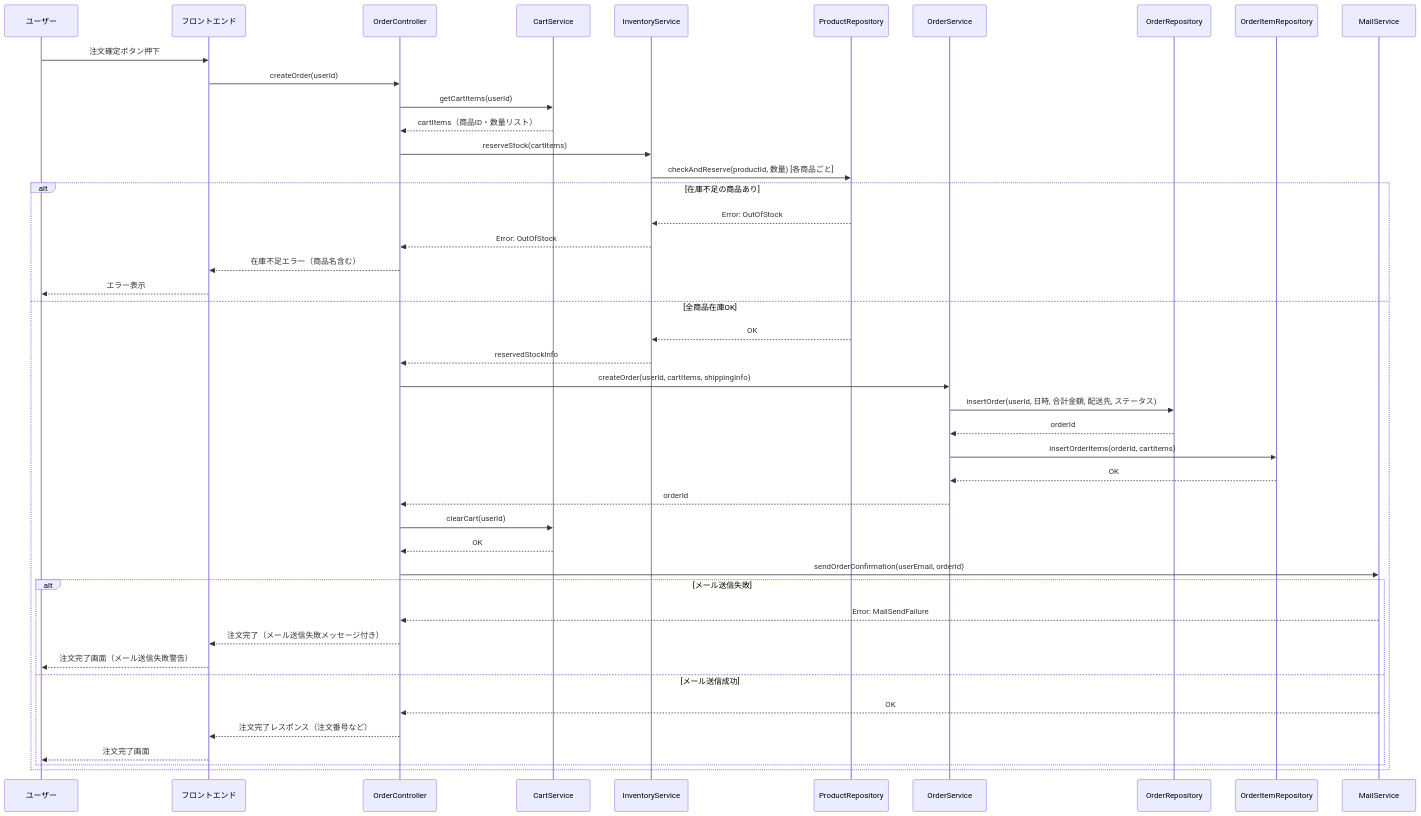
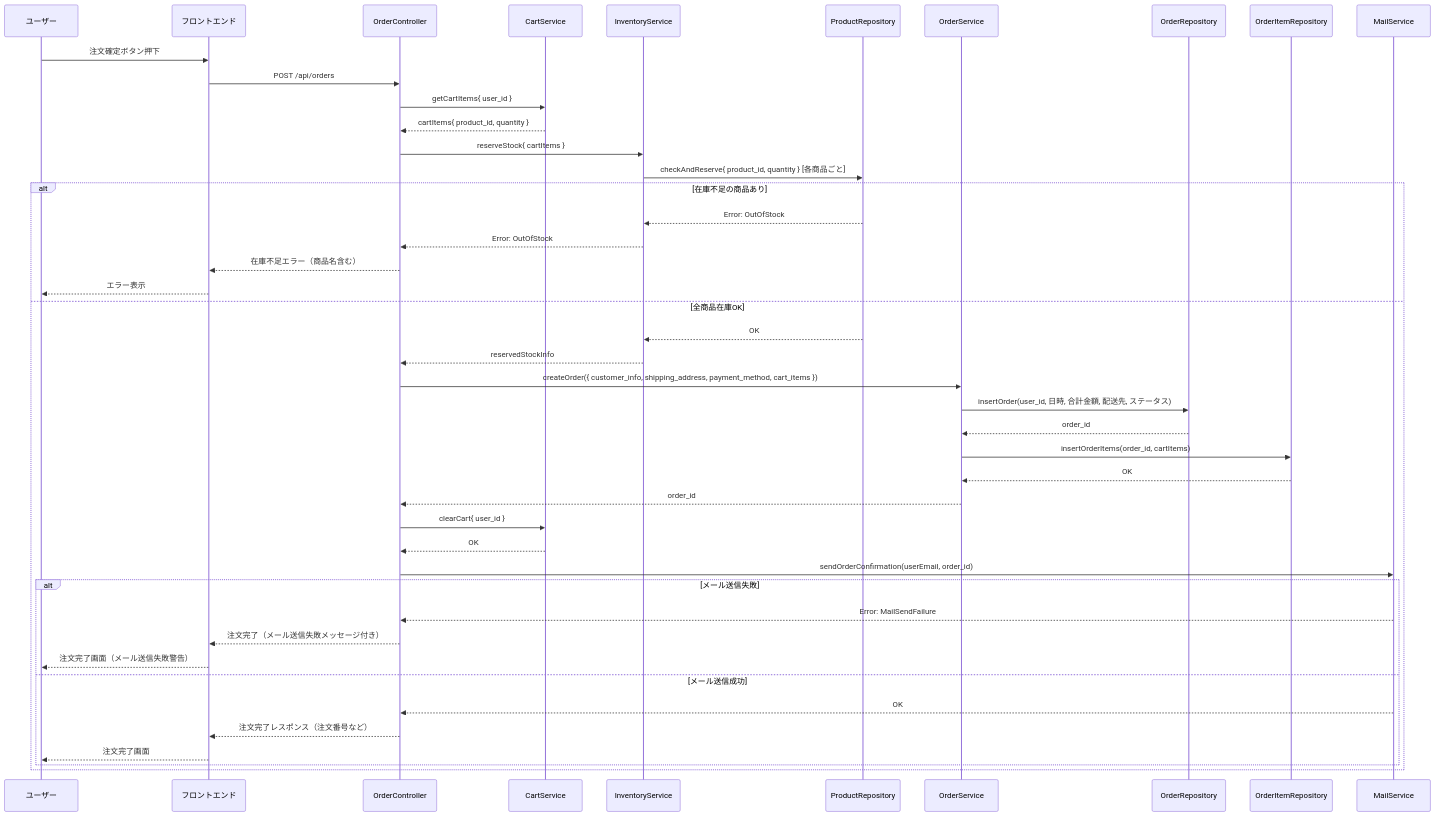
Before and after one commit to Aoi-Yaegashi/teamF: the seventh of 29 diagrams in 詳細設計/担当B_村田/3.2 機能詳細.md, drawn with Mermaid. The commit also changed other lines of this file and 1 other file, not shown here.

```diff
--- a/詳細設計/担当B_村田/3.2 機能詳細.md
+++ b/詳細設計/担当B_村田/3.2 機能詳細.md
@@ -207,50 +207,50 @@
    <div class="mermaid">
 sequenceDiagram
     participant User as ユーザー
     participant FE as フロントエンド
     participant OC as OrderController
     participant CS as CartService
     participant IS as InventoryService
     participant PR as ProductRepository
     participant OS as OrderService
     participant OR as OrderRepository
     participant OIR as OrderItemRepository
     participant MS as MailService
 
     User->>FE: 注文確定ボタン押下
-    FE->>OC: createOrder(userId)
-    OC->>CS: getCartItems(userId)
-    CS-->>OC: cartItems（商品ID・数量リスト）
+    FE->>OC: POST /api/orders
+    OC->>CS: getCartItems{ user_id }
+    CS-->>OC: cartItems{ product_id, quantity }
 
-    OC->>IS: reserveStock(cartItems)
-    IS->>PR: checkAndReserve(productId, 数量) [各商品ごと]
+    OC->>IS: reserveStock{ cartItems }
+    IS->>PR: checkAndReserve{ product_id, quantity } [各商品ごと]
     alt 在庫不足の商品あり
         PR-->>IS: Error: OutOfStock
         IS-->>OC: Error: OutOfStock
         OC-->>FE: 在庫不足エラー（商品名含む）
         FE-->>User: エラー表示
     else 全商品在庫OK
         PR-->>IS: OK
         IS-->>OC: reservedStockInfo
-        OC->>OS: createOrder(userId, cartItems, shippingInfo)
-        OS->>OR: insertOrder(userId, 日時, 合計金額, 配送先, ステータス)
-        OR-->>OS: orderId
-        OS->>OIR: insertOrderItems(orderId, cartItems)
+        OC->>OS: createOrder({ customer_info, shipping_address, payment_method, cart_items })
+        OS->>OR: insertOrder(user_id, 日時, 合計金額, 配送先, ステータス)
+        OR-->>OS: order_id
+        OS->>OIR: insertOrderItems(order_id, cartItems)
         OIR-->>OS: OK
-        OS-->>OC: orderId
+        OS-->>OC: order_id
 
-        OC->>CS: clearCart(userId)
+        OC->>CS: clearCart{ user_id }
         CS-->>OC: OK
 
-        OC->>MS: sendOrderConfirmation(userEmail, orderId)
+        OC->>MS: sendOrderConfirmation(userEmail, order_id)
         alt メール送信失敗
             MS-->>OC: Error: MailSendFailure
             OC-->>FE: 注文完了（メール送信失敗メッセージ付き）
             FE-->>User: 注文完了画面（メール送信失敗警告）
         else メール送信成功
             MS-->>OC: OK
             OC-->>FE: 注文完了レスポンス（注文番号など）
             FE-->>User: 注文完了画面
         end
     end
 </div>
```
